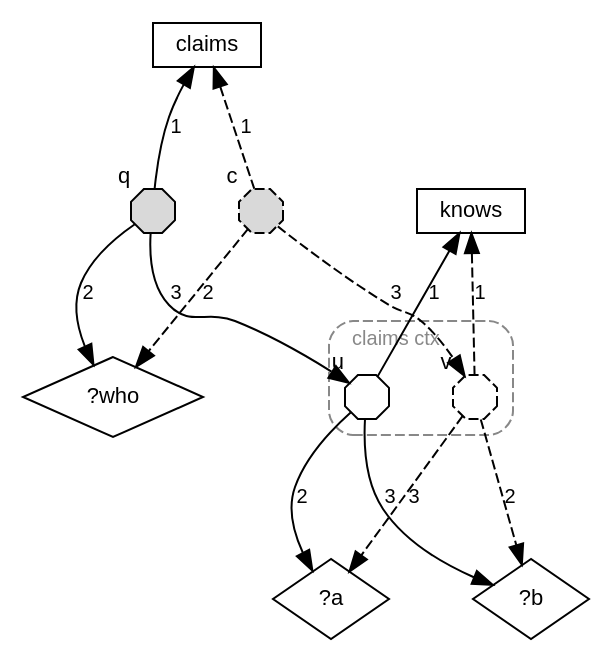
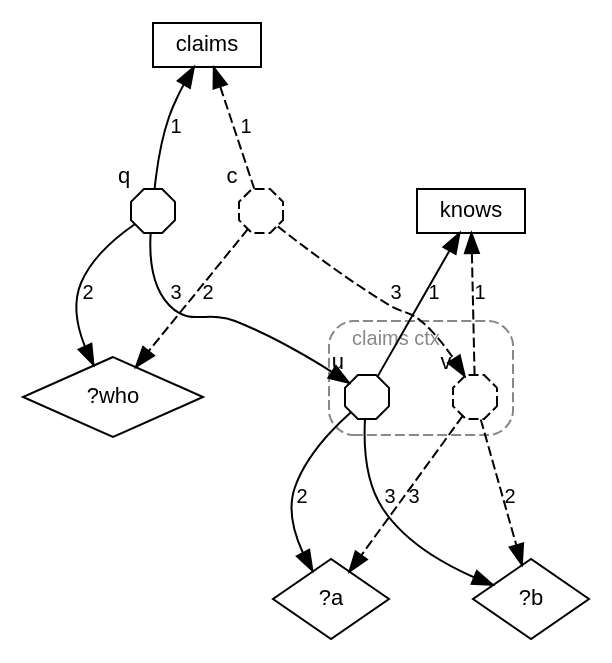
The diagram in docs/ein/user/03-syntax-and-semantics/diagrams/05-rule-in-a-context.dot (agutikov/ein), drawn with Graphviz before and after one commit. The commit also changed 66 other files, not shown here.

```diff
--- a/docs/ein/user/03-syntax-and-semantics/diagrams/05-rule-in-a-context.dot
+++ b/docs/ein/user/03-syntax-and-semantics/diagrams/05-rule-in-a-context.dot
@@ -1,26 +1,26 @@
 digraph rule_in_a_context {
   rankdir=TB; nodesep=0.45; ranksep=0.7; forcelabels=true;
   node [shape=box, fontname="Helvetica", fontsize=11, height=0.3];
   edge [fontname="Helvetica", fontsize=10];
   "claims"; "knows";
   node [shape=diamond];
   "?who"; "?a"; "?b";
-  q [shape=octagon, label="", width=0.3, height=0.3, fixedsize=true, style=filled, fillcolor="#d9d9d9", xlabel="q"];
-  c [shape=octagon, label="", width=0.3, height=0.3, fixedsize=true, style="filled,dashed", fillcolor="#d9d9d9", xlabel="c"];
+  q [shape=octagon, label="", width=0.3, height=0.3, fixedsize=true, xlabel="q"];
+  c [shape=octagon, label="", width=0.3, height=0.3, fixedsize=true, style=dashed, xlabel="c"];
   subgraph cluster_ctx_claims { label="claims ctx"; labeljust=l; fontname="Helvetica"; fontsize=10; fontcolor="#888888"; style="dashed,rounded"; color="#888888";
     u [shape=octagon, label="", width=0.3, height=0.3, fixedsize=true, style=solid, xlabel="u"];
     v [shape=octagon, label="", width=0.3, height=0.3, fixedsize=true, style=dashed, xlabel="v"];
   }
   "claims" -> q [label="1", dir=back];
   q -> "?who" [label="2"];
   q -> u [label="3"];
   "knows" -> u [label="1", dir=back];
   u -> "?a" [label="2"];
   u -> "?b" [label="3"];
   "claims" -> c [label="1", dir=back, style=dashed];
   c -> "?who" [label="2", style=dashed];
   c -> v [label="3", style=dashed];
   "knows" -> v [label="1", dir=back, style=dashed];
   v -> "?b" [label="2", style=dashed];
   v -> "?a" [label="3", style=dashed];
 }
```
